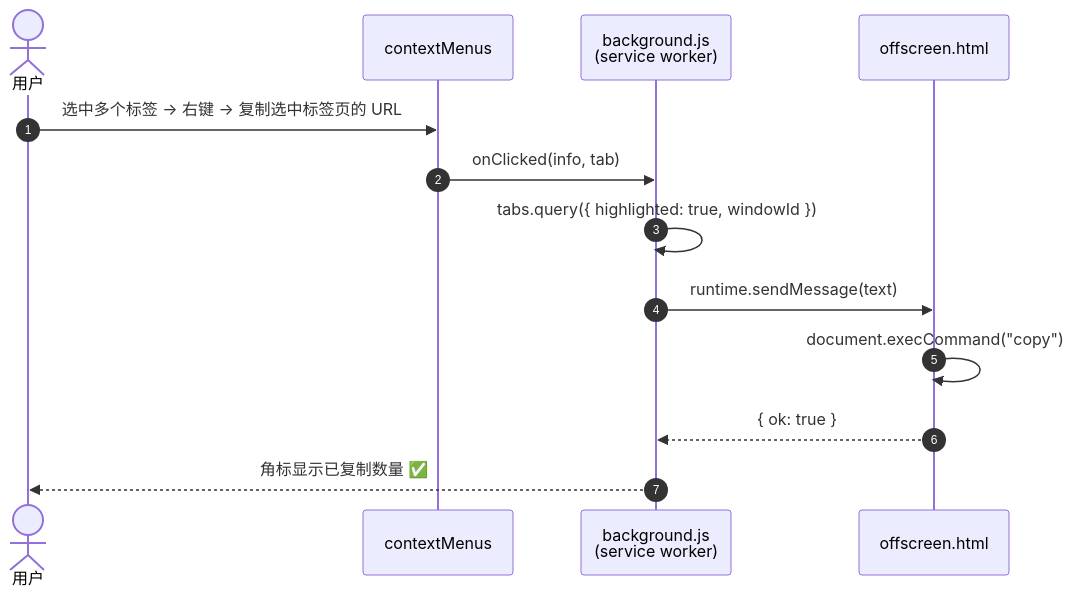
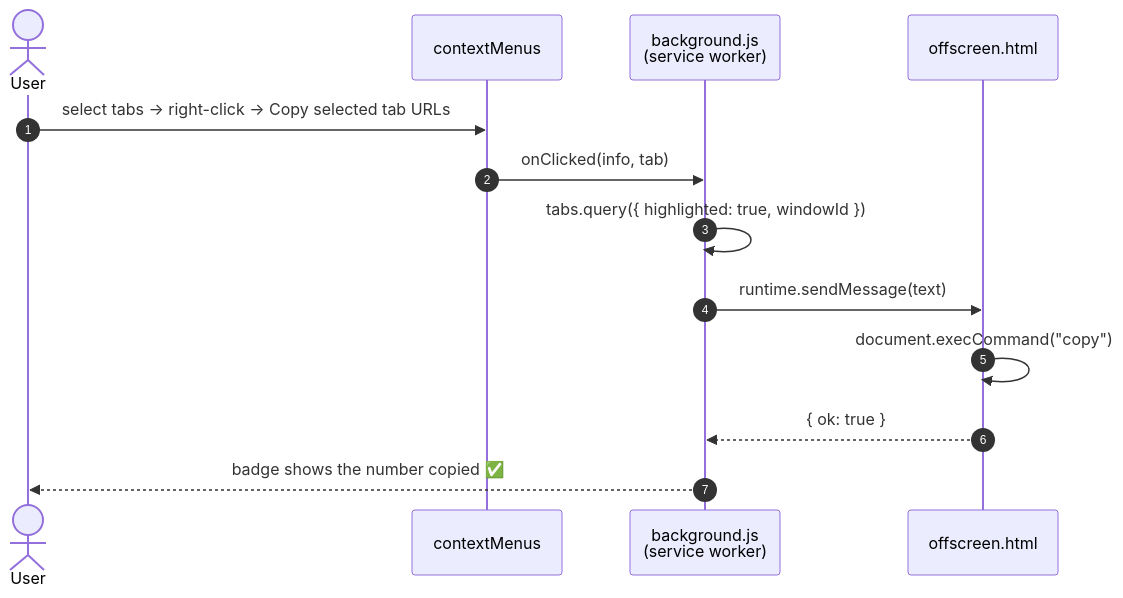
One commit to ursasi/tabclip changed the second of 2 diagrams in README.md. Above: the diagram before and after it, drawn with Mermaid. The commit also changed other lines of this file and 2 other files, not shown here.

````diff
--- a/README.md
+++ b/README.md
@@ -117,16 +116,16 @@
 ```mermaid
 sequenceDiagram
     autonumber
-    actor U as 用户
+    actor U as User
     participant M as contextMenus
     participant B as background.js<br/>(service worker)
     participant O as offscreen.html
 
-    U->>M: 选中多个标签 → 右键 → 复制选中标签页的 URL
+    U->>M: select tabs → right-click → Copy selected tab URLs
     M->>B: onClicked(info, tab)
     B->>B: tabs.query({ highlighted: true, windowId })
     B->>O: runtime.sendMessage(text)
     O->>O: document.execCommand("copy")
     O-->>B: { ok: true }
-    B-->>U: 角标显示已复制数量 ✅
+    B-->>U: badge shows the number copied ✅
 ```
````
